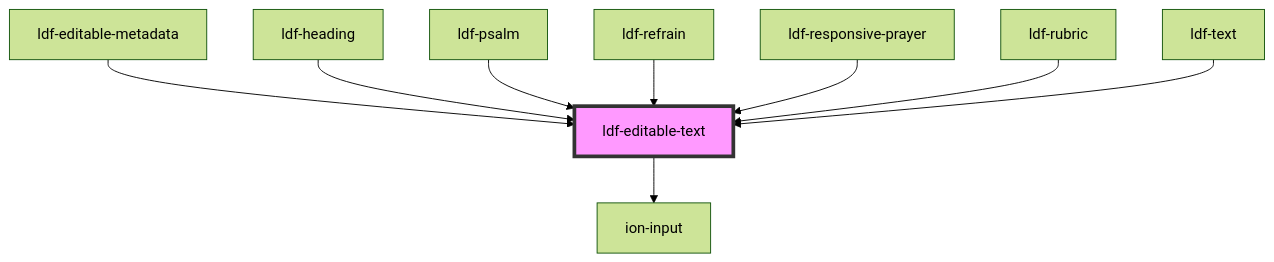
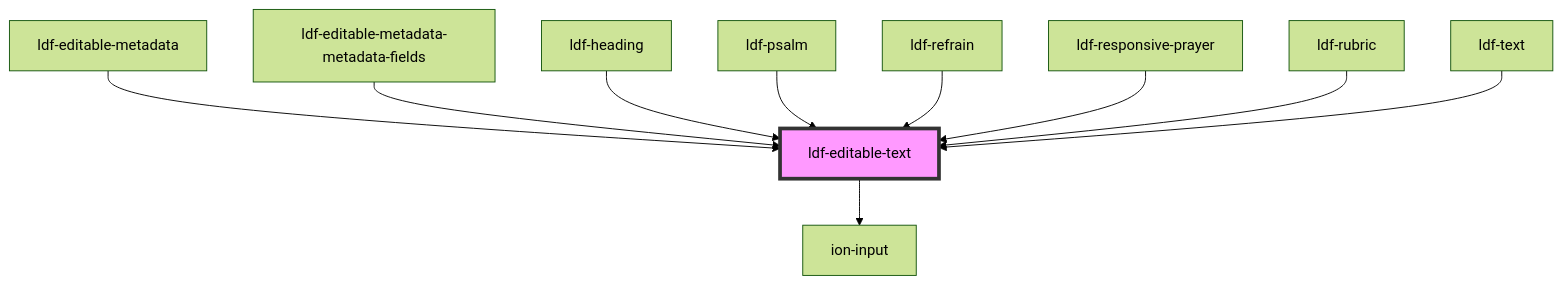
One commit to gbj/venite changed the diagram in components/src/components/editable-text/readme.md. Above: the diagram before and after it, drawn with Mermaid (forest theme). The commit also changed other lines of this file and 94 other files, not shown here.

````diff
--- a/components/src/components/editable-text/readme.md
+++ b/components/src/components/editable-text/readme.md
@@ -46,12 +48,13 @@
 ```mermaid
 graph TD;
   ldf-editable-text --> ion-input
   ldf-editable-metadata --> ldf-editable-text
+  ldf-editable-metadata-metadata-fields --> ldf-editable-text
   ldf-heading --> ldf-editable-text
   ldf-psalm --> ldf-editable-text
   ldf-refrain --> ldf-editable-text
   ldf-responsive-prayer --> ldf-editable-text
   ldf-rubric --> ldf-editable-text
   ldf-text --> ldf-editable-text
   style ldf-editable-text fill:#f9f,stroke:#333,stroke-width:4px
 ```
````
